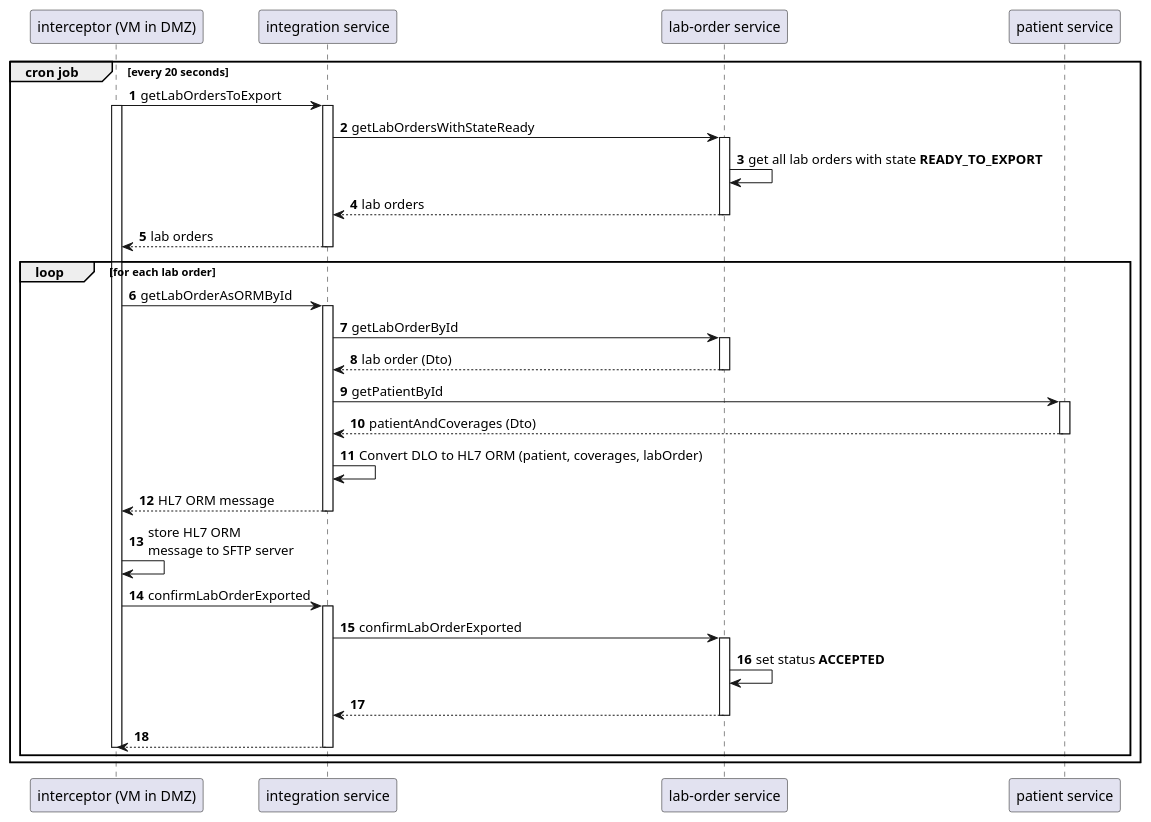
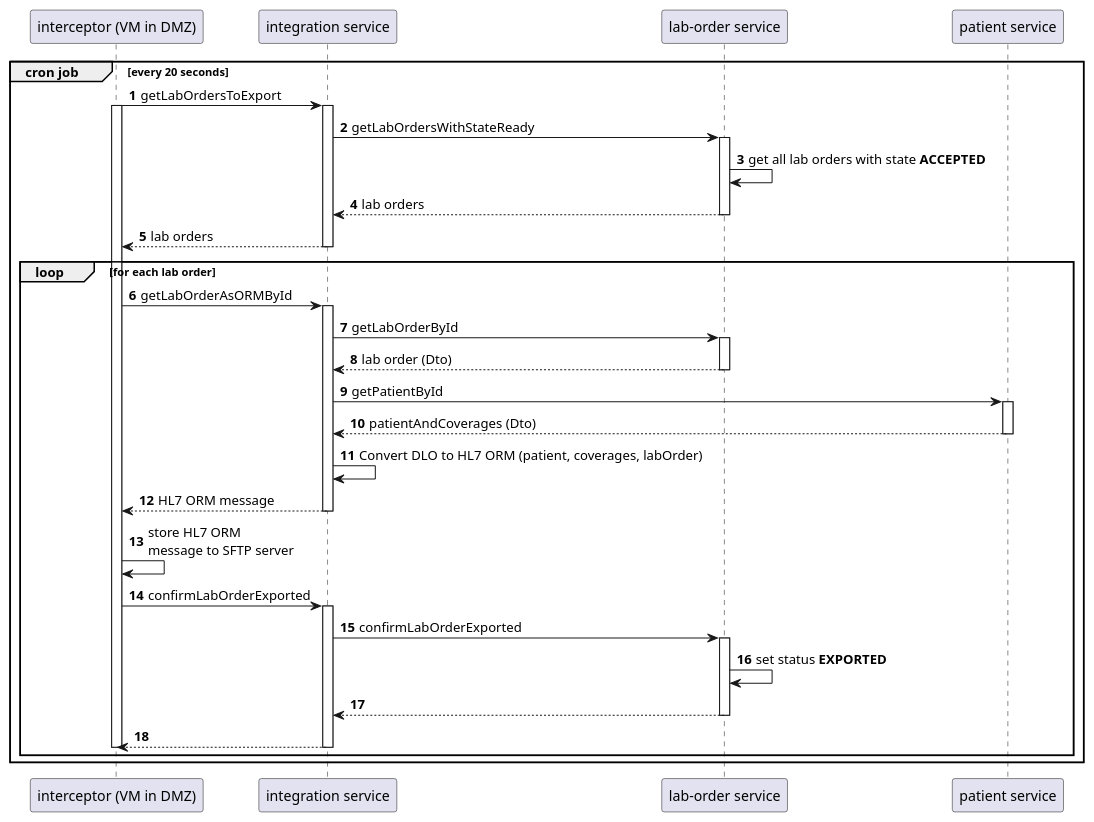
One commit to Qojgjg/playing-java-quarkus-mono changed the diagram in export_service/src/plantuml/exportLIS_simple.puml. Above: the diagram before and after it, drawn with PlantUML. The commit also changed 5 other files, not shown here.

```diff
--- a/export_service/src/plantuml/exportLIS_simple.puml
+++ b/export_service/src/plantuml/exportLIS_simple.puml
@@ -1,55 +1,55 @@
 @startuml
 'https://plantuml.com/sequence-diagram
 
 autonumber
 
 participant "interceptor (VM in DMZ)" as icp
 participant "integration service" as int
 participant "lab-order service" as lab
 participant "patient service" as pat
 
 group cron job [every 20 seconds]
 icp -> int: getLabOrdersToExport
 activate icp
 activate int
 int -> lab: getLabOrdersWithStateReady
 activate lab
-lab -> lab: get all lab orders with state <b>READY_TO_EXPORT</b>
+lab -> lab: get all lab orders with state <b>ACCEPTED</b>
 lab --> int: lab orders
 deactivate lab
 int --> icp: lab orders
 deactivate int
 loop for each lab order
 icp -> int: getLabOrderAsORMById
 activate int
 int -> lab: getLabOrderById
 activate lab
 
 lab --> int: lab order (Dto)
 deactivate lab
 int -> pat: getPatientById
 activate pat
 pat --> int: patientAndCoverages (Dto)
 deactivate pat
 
 int -> int: Convert DLO to HL7 ORM (patient, coverages, labOrder)
 
 
 int --> icp: HL7 ORM message
 deactivate int
 icp -> icp: store HL7 ORM \nmessage to SFTP server
 icp -> int: confirmLabOrderExported
 activate int
 int -> lab: confirmLabOrderExported
 activate lab
-lab -> lab: set status <b>ACCEPTED</b>
+lab -> lab: set status <b>EXPORTED</b>
 lab --> int
 deactivate lab
 int --> icp
 deactivate int
 deactivate icp
 
 end
 end
 
 @enduml
```
